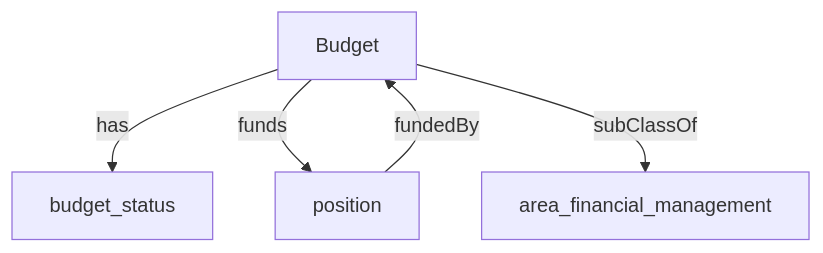
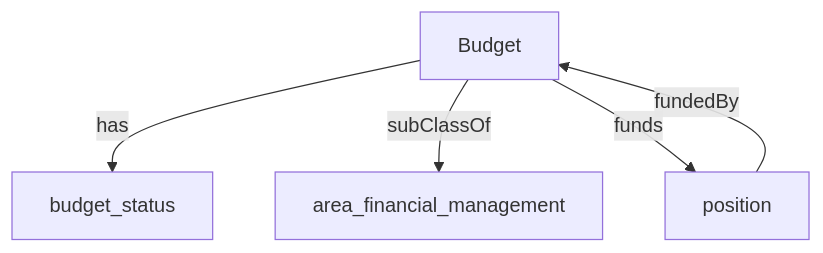
Before and after one commit to heidingaway/heidi2: the diagram in content/hr_data_model/budget.md, drawn with Mermaid. The commit also changed other lines of this file and 350 other files, not shown here.

````diff
--- a/content/hr_data_model/budget.md
+++ b/content/hr_data_model/budget.md
@@ -21,11 +22,11 @@
 ```mermaid
 graph TD
   Budget["Budget"]:::current-page-node
   area_financial_management["area_financial_management"]
   position["position"]
   budget_status["budget_status"]
   Budget-->|" has "|budget_status
   position-->|" fundedBy "|Budget
+  Budget-->|" subClassOf "|area_financial_management
   Budget-->|" funds "|position
-  Budget-->|" subClassOf "|area_financial_management
 ```
````
